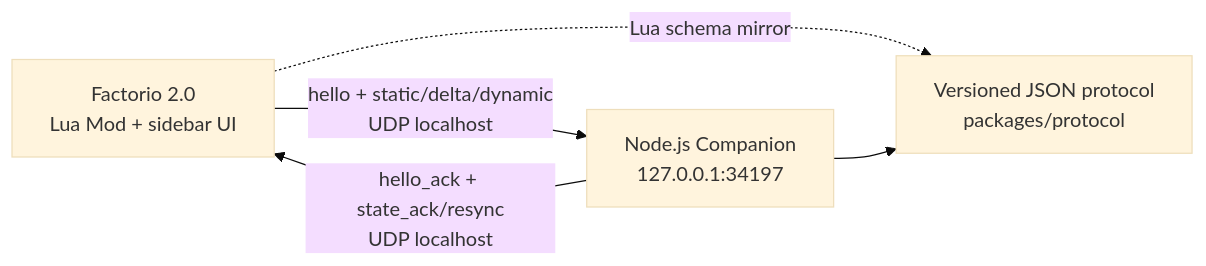
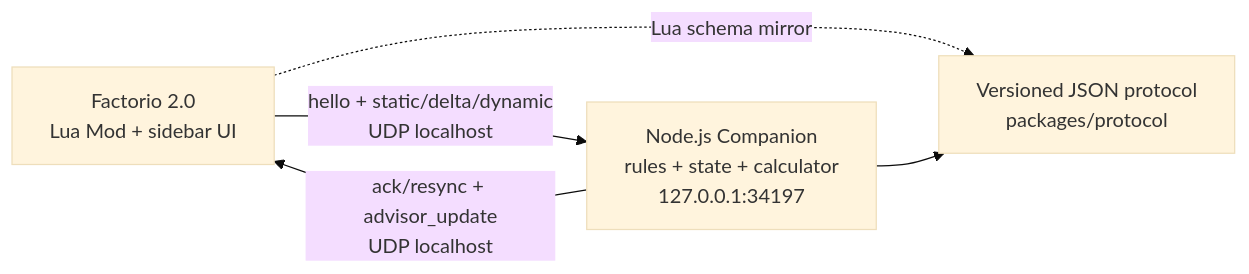
The diagram in README.md (CharlesYWL/factorio-ai-assistant), drawn with Mermaid (base theme) before and after one commit. The commit also changed other lines of this file and 13 other files, not shown here.

````diff
--- a/README.md
+++ b/README.md
@@ -9,11 +10,11 @@
 ```mermaid
 flowchart LR
     M["Factorio 2.0<br/>Lua Mod + sidebar UI"]
-    C["Node.js Companion<br/>127.0.0.1:34197"]
+    C["Node.js Companion<br/>rules + state + calculator<br/>127.0.0.1:34197"]
     P["Versioned JSON protocol<br/>packages/protocol"]
 
     M -- "hello + static/delta/dynamic<br/>UDP localhost" --> C
-    C -- "hello_ack + state_ack/resync<br/>UDP localhost" --> M
+    C -- "ack/resync + advisor_update<br/>UDP localhost" --> M
     M -. "Lua schema mirror" .-> P
     C --> P
 ```
````
